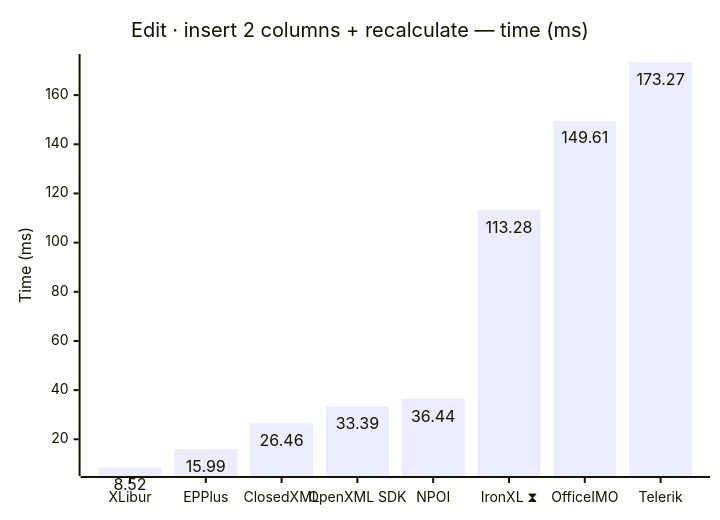
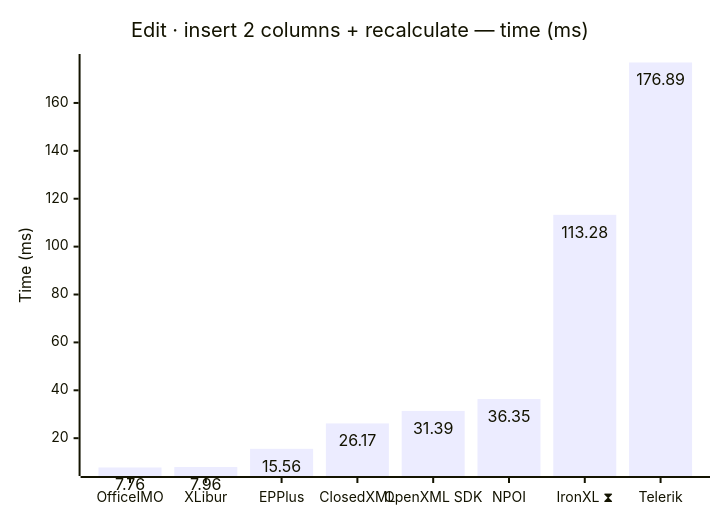
One commit to jafin/XLBench changed diagram 13 of 18 in docs/results.md. Above: the diagram before and after it, drawn with Mermaid. The commit also changed other lines of this file and 2 other files, not shown here.

First line of the commit message:
Publish full-fidelity results for OfficeIMO 3.6.2, MiniExcel 2.0.0, XLibur 0.900.0, EPPlus 8.7.3 and Telerik 2026.4.1127

````diff
--- a/docs/results.md
+++ b/docs/results.md
@@ -198,12 +198,12 @@
 ```mermaid
 ---
 config:
   xyChart:
     showDataLabel: true
 ---
 xychart-beta
     title "Edit · insert 2 columns + recalculate — time (ms)"
-    x-axis ["XLibur", "EPPlus", "ClosedXML", "OpenXML SDK", "NPOI", "IronXL ⧗", "OfficeIMO", "Telerik"]
+    x-axis ["OfficeIMO", "XLibur", "EPPlus", "ClosedXML", "OpenXML SDK", "NPOI", "IronXL ⧗", "Telerik"]
     y-axis "Time (ms)"
-    bar [8.52, 15.99, 26.46, 33.39, 36.44, 113.28, 149.61, 173.27]
+    bar [7.76, 7.96, 15.56, 26.17, 31.39, 36.35, 113.28, 176.89]
 ```
````
